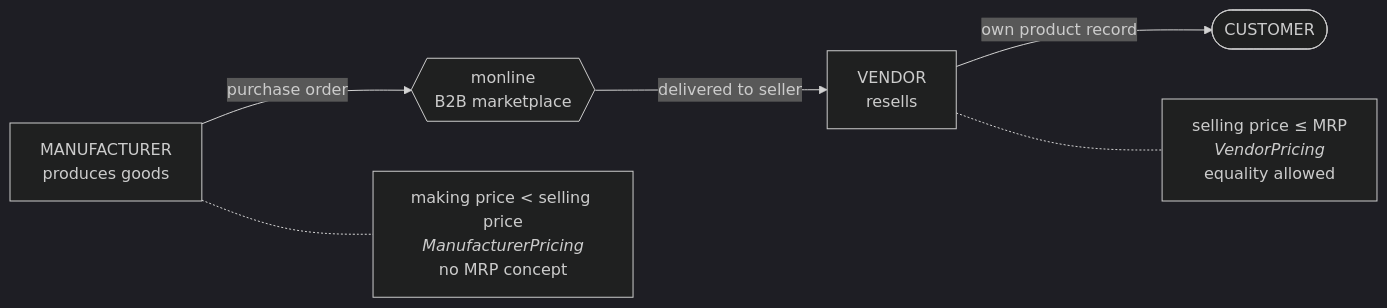
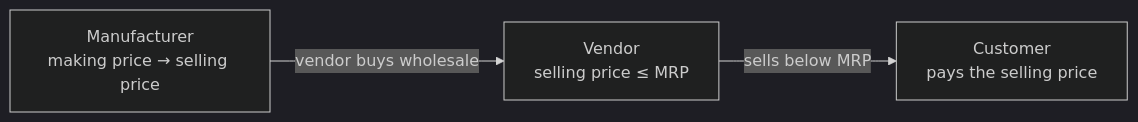
The fifth of 5 diagrams in README.md (VishalNanavare/Shiplore), drawn with Mermaid (dark theme) before and after one commit. The commit also changed other lines of this file, not shown here.

````diff
--- a/README.md
+++ b/README.md
@@ -93,14 +143,9 @@
 ```mermaid
 flowchart LR
-    MFG["MANUFACTURER<br/>produces goods"]
-    MON{{"monline<br/>B2B marketplace"}}
-    VEN["VENDOR<br/>resells"]
-    CUS(["CUSTOMER"])
+    M["Manufacturer<br/>making price → selling price"]
+    V["Vendor<br/>selling price ≤ MRP"]
+    C["Customer<br/>pays the selling price"]
 
-    MFG -- "purchase order" --> MON
-    MON -- "delivered to seller" --> VEN
-    VEN -- "own product record" --> CUS
-
-    MFG -.- P1["making price &lt; selling price<br/><i>ManufacturerPricing</i><br/>no MRP concept"]
-    VEN -.- P2["selling price &le; MRP<br/><i>VendorPricing</i><br/>equality allowed"]
+    M -->|"vendor buys wholesale"| V
+    V -->|"sells below MRP"| C
 ```
````
